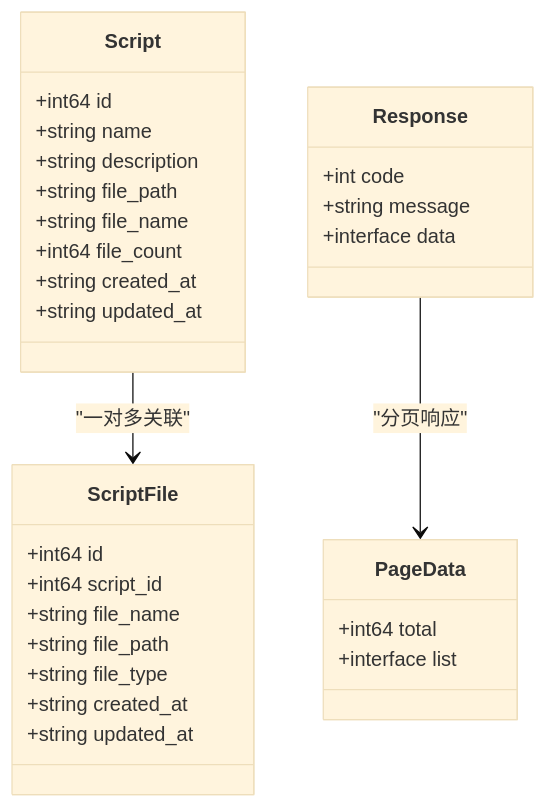
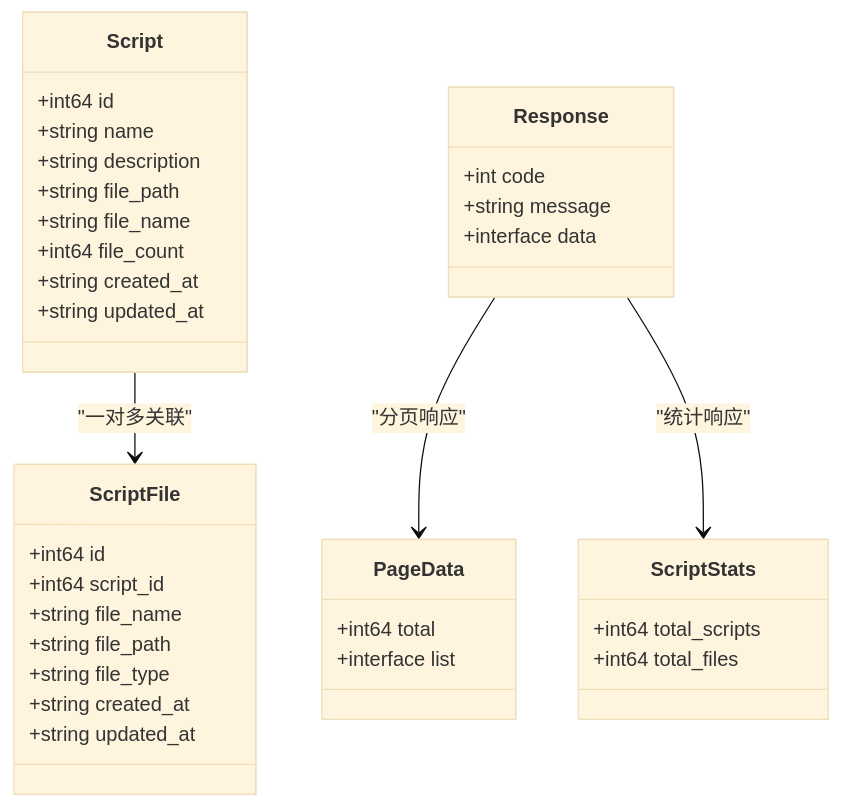
One commit to Liyuhao02/Jmeter-Admin changed the second of 5 diagrams in .qoder/repowiki/zh/content/API接口文档/脚本管理API.md. Above: the diagram before and after it, drawn with Mermaid (base theme). The commit also changed other lines of this file and 6 other files, not shown here.

````diff
--- a/.qoder/repowiki/zh/content/API接口文档/脚本管理API.md
+++ b/.qoder/repowiki/zh/content/API接口文档/脚本管理API.md
@@ -78,33 +87,38 @@
 ```mermaid
 classDiagram
 class Script {
 +int64 id
 +string name
 +string description
 +string file_path
 +string file_name
 +int64 file_count
 +string created_at
 +string updated_at
 }
 class ScriptFile {
 +int64 id
 +int64 script_id
 +string file_name
 +string file_path
 +string file_type
 +string created_at
 +string updated_at
 }
+class ScriptStats {
++int64 total_scripts
++int64 total_files
+}
 class Response {
 +int code
 +string message
 +interface data
 }
 class PageData {
 +int64 total
 +interface list
 }
 Script --> ScriptFile : "一对多关联"
 Response --> PageData : "分页响应"
+Response --> ScriptStats : "统计响应"
 ```
````
